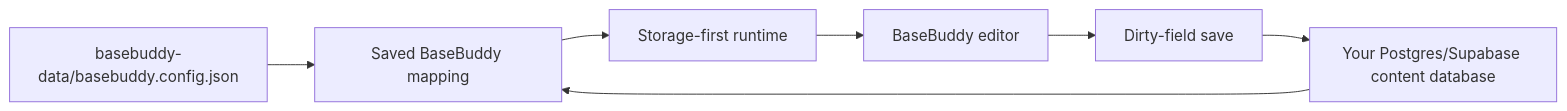
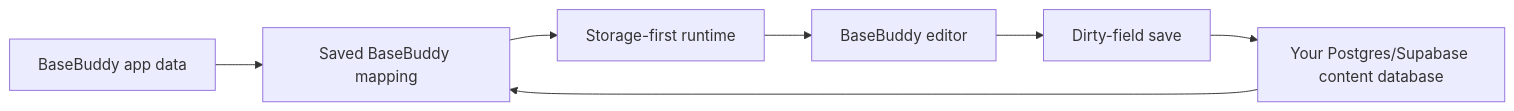
The diagram in README.md (basebuddy-cms/basebuddy), drawn with Mermaid before and after one commit. The commit also changed other lines of this file and 45 other files, not shown here.

Commit message:
Add app data backend options and guardrails

````diff
--- a/README.md
+++ b/README.md
@@ -64,9 +64,9 @@
 ```mermaid
 flowchart LR
-  Config["basebuddy-data/basebuddy.config.json"] --> Mapping["Saved BaseBuddy mapping"]
+  Config["BaseBuddy app data"] --> Mapping["Saved BaseBuddy mapping"]
   Database["Your Postgres/Supabase content database"] --> Mapping
   Mapping --> Runtime["Storage-first runtime"]
   Runtime --> Editor["BaseBuddy editor"]
   Editor --> Dirty["Dirty-field save"]
   Dirty --> Database
 ```
````
